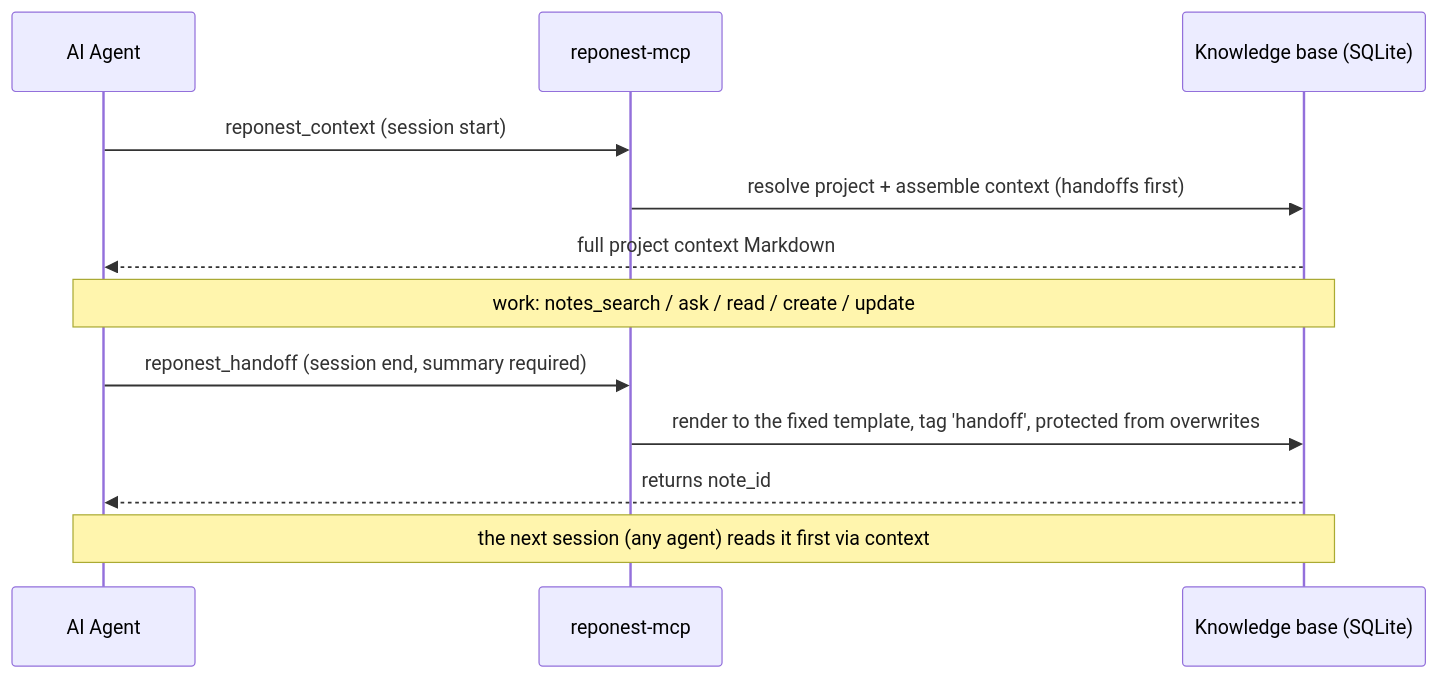
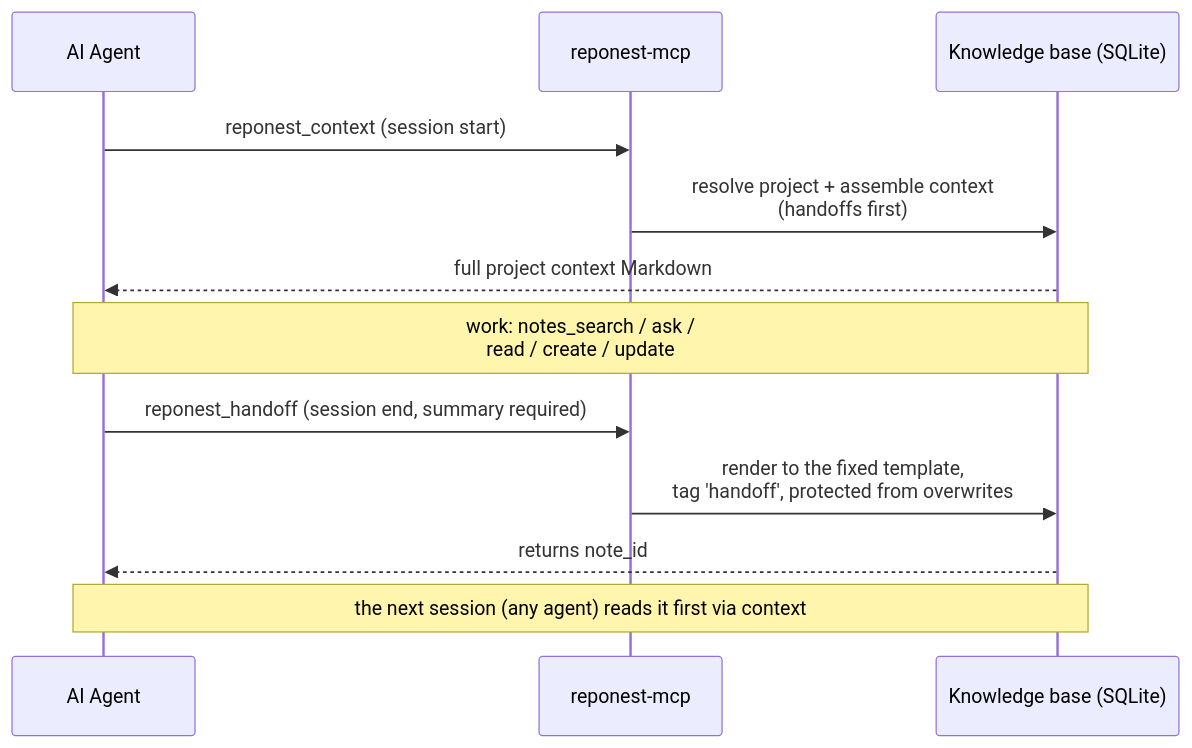
Before and after one commit to sky-jiangcheng/RepoNest: the diagram in docs/en/features/ai-integration.md, drawn with Mermaid. The commit also changed 8 other files, not shown here.

Commit message:
docs(diagrams): improve readability of dense architecture diagrams

````diff
--- a/docs/en/features/ai-integration.md
+++ b/docs/en/features/ai-integration.md
@@ -36,14 +36,14 @@
 ```mermaid
 sequenceDiagram
     participant A as AI Agent
     participant R as reponest-mcp
     participant K as Knowledge base (SQLite)
     A->>R: reponest_context (session start)
-    R->>K: resolve project + assemble context (handoffs first)
+    R->>K: resolve project + assemble context<br/>(handoffs first)
     K-->>A: full project context Markdown
-    Note over A,K: work: notes_search / ask / read / create / update
+    Note over A,K: work: notes_search / ask /<br/>read / create / update
     A->>R: reponest_handoff (session end, summary required)
-    R->>K: render to the fixed template, tag 'handoff', protected from overwrites
+    R->>K: render to the fixed template,<br/>tag 'handoff', protected from overwrites
     K-->>A: returns note_id
     Note over K,A: the next session (any agent) reads it first via context
 ```
````
